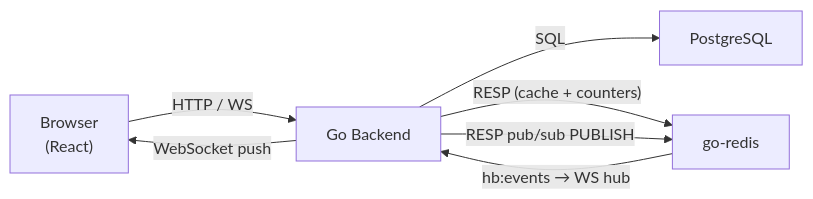
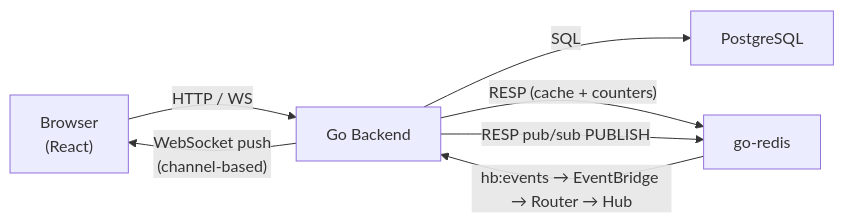
One commit to dovuthanhhien1609/habbit-buddy changed the first of 2 diagrams in README.md. Above: the diagram before and after it, drawn with Mermaid. The commit also changed other lines of this file and 6 other files, not shown here.

Commit message:
feat: implement event routing and broadcasting via WebSocket channels with deduplication

````diff
--- a/README.md
+++ b/README.md
@@ -7,14 +7,14 @@
 ```mermaid
 flowchart LR
     Browser["Browser\n(React)"]
     Backend["Go Backend"]
     PG["PostgreSQL"]
     Redis["go-redis"]
 
     Browser -->|"HTTP / WS"| Backend
     Backend -->|"SQL"| PG
     Backend -->|"RESP (cache + counters)"| Redis
     Backend -->|"RESP pub/sub PUBLISH"| Redis
-    Redis -->|"hb:events → WS hub"| Backend
-    Backend -->|"WebSocket push"| Browser
+    Redis -->|"hb:events → EventBridge → Router → Hub"| Backend
+    Backend -->|"WebSocket push\n(channel-based)"| Browser
 ```
````
